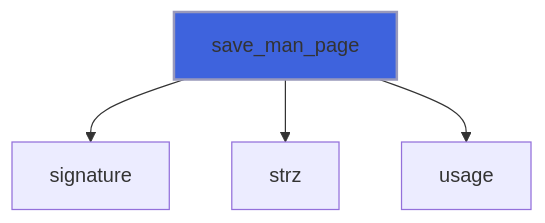
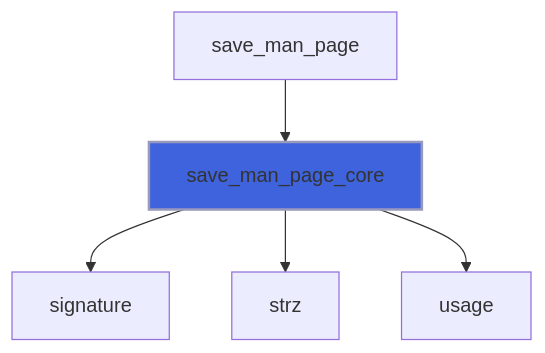
Diagram 37 of 57 in docs/api/src/lib/flap_command_line_interface_t.md (szaghi/FLAP), drawn with Mermaid before and after one commit. The commit also changed other lines of this file and 17 other files, not shown here.

````diff
--- a/docs/api/src/lib/flap_command_line_interface_t.md
+++ b/docs/api/src/lib/flap_command_line_interface_t.md
@@ -983,7 +1404,8 @@
 ```mermaid
 flowchart TD
-  save_man_page["save_man_page"] --> signature["signature"]
-  save_man_page["save_man_page"] --> strz["strz"]
-  save_man_page["save_man_page"] --> usage["usage"]
-  style save_man_page fill:#3e63dd,stroke:#99b,stroke-width:2px
+  save_man_page["save_man_page"] --> save_man_page_core["save_man_page_core"]
+  save_man_page_core["save_man_page_core"] --> signature["signature"]
+  save_man_page_core["save_man_page_core"] --> strz["strz"]
+  save_man_page_core["save_man_page_core"] --> usage["usage"]
+  style save_man_page_core fill:#3e63dd,stroke:#99b,stroke-width:2px
 ```
````
